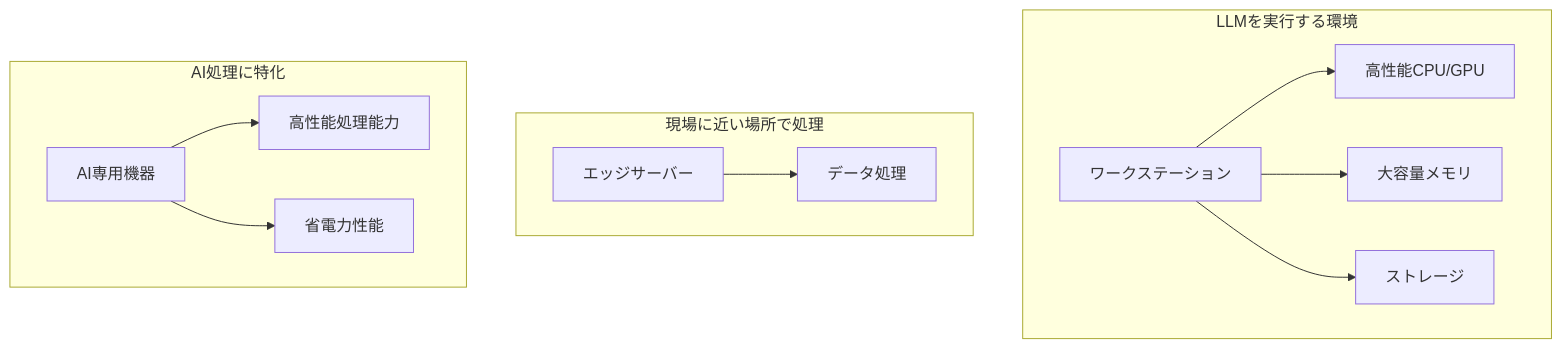
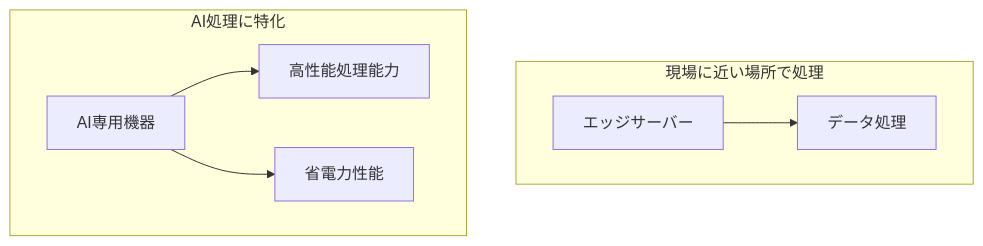
The sixth of 11 diagrams in README.md (SparklingDetergent/doc_genai_The_usefulness_of_local_LLM), drawn with Mermaid before and after one commit. The commit also changed other lines of this file, not shown here.

````diff
--- a/README.md
+++ b/README.md
@@ -103,15 +115,10 @@
 ```mermaid
 graph TD
-  subgraph LLMを実行する環境
-    A[ワークステーション] --> B[高性能CPU/GPU]
-    A --> C[大容量メモリ]
-    A --> D[ストレージ]
-  end
   subgraph 現場に近い場所で処理
     E[エッジサーバー] --> F[データ処理]
   end
   subgraph AI処理に特化
     G[AI専用機器] --> H[高性能処理能力]
     G --> I[省電力性能]
   end
 ```
````
